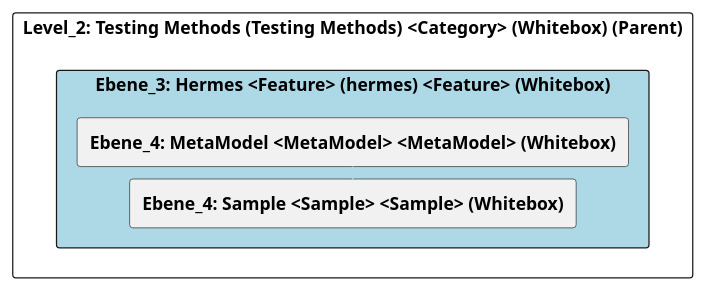
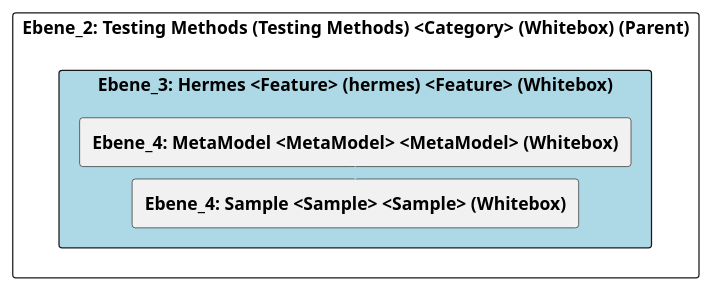
The diagram in doc/cleonproject_deliverables_architecture_model_architecture/adoc/de/05_bausteinsicht/cleon/testing_methods/hermes/ebene_3_hermes.adoc (marcozwyssig/cleon), drawn with PlantUML before and after one commit. The commit also changed other lines of this file and 620 other files, not shown here.

```diff
--- a/doc/cleonproject_deliverables_architecture_model_architecture/adoc/de/05_bausteinsicht/cleon/testing_methods/hermes/ebene_3_hermes.adoc
+++ b/doc/cleonproject_deliverables_architecture_model_architecture/adoc/de/05_bausteinsicht/cleon/testing_methods/hermes/ebene_3_hermes.adoc
@@ -20,28 +20,28 @@
 [plantuml, Ebene_3: Hermes <Feature> (hermes) <Feature> (Whitebox)BlockOverview, format="svg"]
 ----
 @startuml Ebene_3: Hermes <Feature> (hermes) <Feature> (Whitebox)BuildingBlockOverview
 
 skinparam ranksep 10
 skinparam componentStyle rectangle
 skinparam shadowing false
 skinparam arrowColor lightblue
 skinparam arrowThickness 1.2
 skinparam rectangle {
   BackgroundColor White
   BorderColor #333
   RoundCorner 10
 }
 top to bottom direction
 
-component "Level_2: Testing Methods (Testing Methods) <Category> (Whitebox) (Parent)" {
+component "Ebene_2: Testing Methods (Testing Methods) <Category> (Whitebox) (Parent)" {
     component "Ebene_3: Hermes <Feature> (hermes) <Feature> (Whitebox)" #lightblue {
         [**Ebene_4: MetaModel <MetaModel> <MetaModel> (Whitebox)**] as 4A56DE3F_D579_11EE_903E_9F564E4DE07E
         [**Ebene_4: Sample <Sample> <Sample> (Whitebox)**] as 4A56DE42_D579_11EE_903E_9F564E4DE07E
     }
 
     4A56DE3F_D579_11EE_903E_9F564E4DE07E -down-> 4A56DE42_D579_11EE_903E_9F564E4DE07E
     
 }
 
 @enduml
 ----
```
